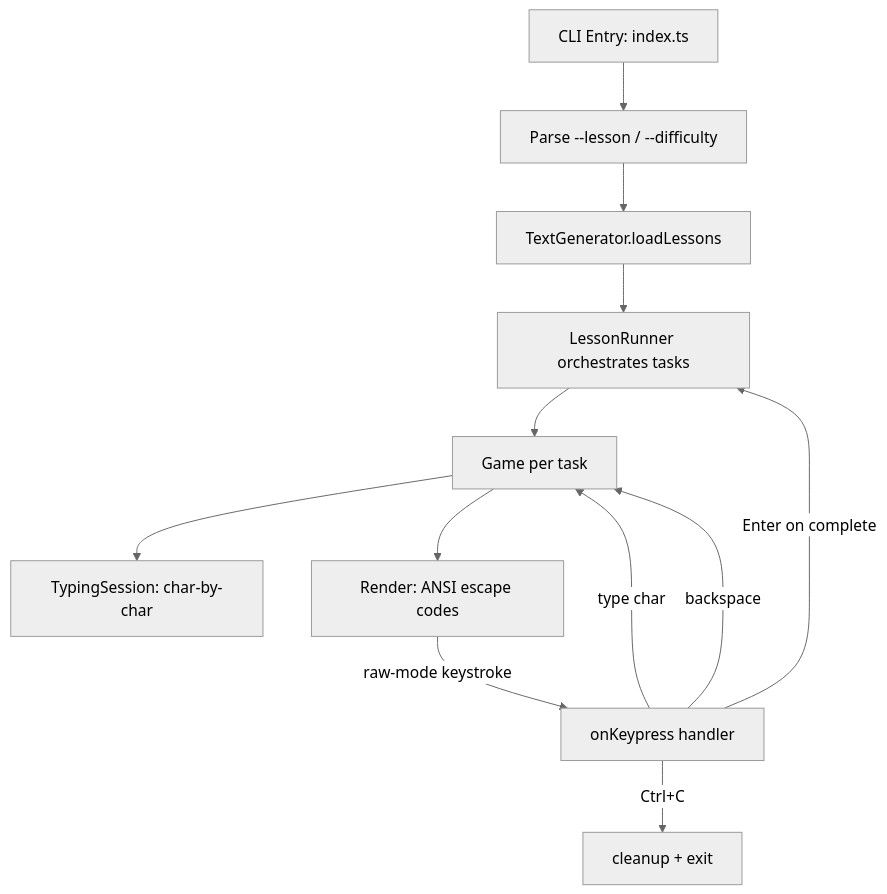
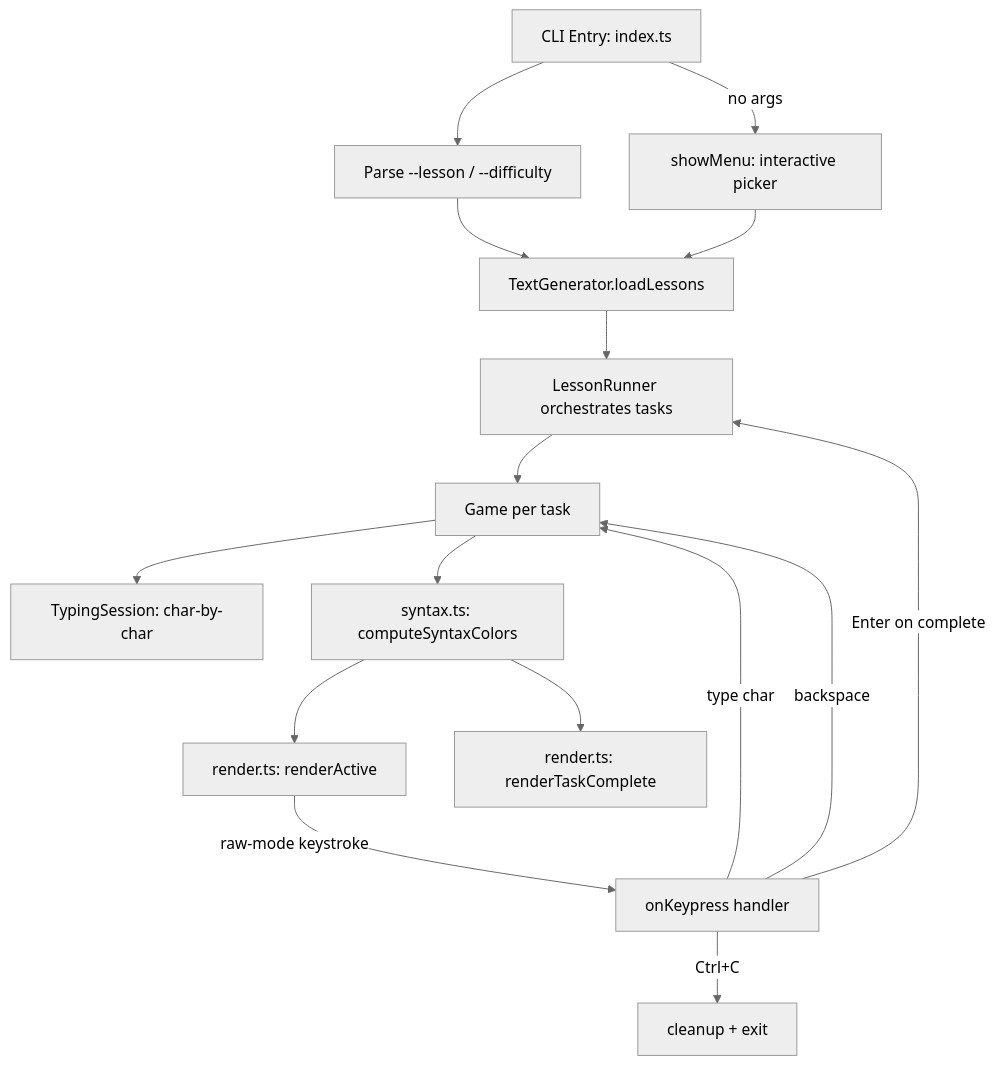
One commit to priyanshu360/priyanshu360.github.io changed the diagram in src/content/speedcode.md. Above: the diagram before and after it, drawn with Mermaid (neutral theme). The commit also changed other lines of this file, not shown here.

````diff
--- a/src/content/speedcode.md
+++ b/src/content/speedcode.md
@@ -78,14 +96,18 @@
 ```mermaid
 flowchart TB
     A[CLI Entry: index.ts] --> B[Parse --lesson / --difficulty]
+    A -->|no args| M[showMenu: interactive picker]
     B --> C[TextGenerator.loadLessons]
+    M --> C
     C --> D[LessonRunner orchestrates tasks]
     D --> E[Game per task]
     E --> F[TypingSession: char-by-char]
-    E --> G[Render: ANSI escape codes]
-    G -->|raw-mode keystroke| H[onKeypress handler]
+    E --> S[syntax.ts: computeSyntaxColors]
+    S --> R[render.ts: renderActive]
+    S --> R2[render.ts: renderTaskComplete]
+    R -->|raw-mode keystroke| H[onKeypress handler]
     H -->|type char| E
     H -->|backspace| E
     H -->|Enter on complete| D
     H -->|Ctrl+C| I[cleanup + exit]
 ```
````
